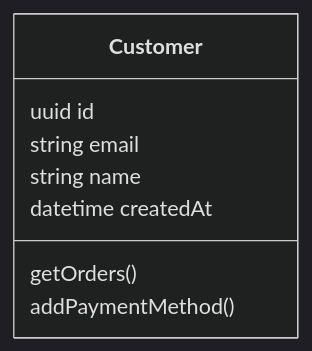
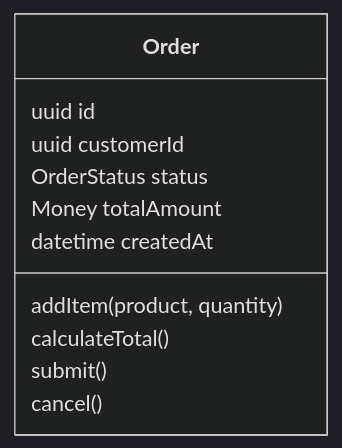
Before and after one commit to flemming-n-larsen/architecture-as-code-example: the fourth of 5 diagrams in README.md, drawn with Mermaid (dark theme). The commit also changed other lines of this file and 32 other files, not shown here.

Commit message:
feat: add AI agent instructions, domain models, and C4 diagrams for e-commerce architecture

````diff
--- a/README.md
+++ b/README.md
@@ -239,11 +518,14 @@
 ```mermaid
 classDiagram
-    class Customer {
+    class Order {
         uuid id
-        string email
-        string name
+        uuid customerId
+        OrderStatus status
+        Money totalAmount
         datetime createdAt
-        getOrders()
-        addPaymentMethod()
+        addItem(product, quantity)
+        calculateTotal()
+        submit()
+        cancel()
     }
 ```
````
